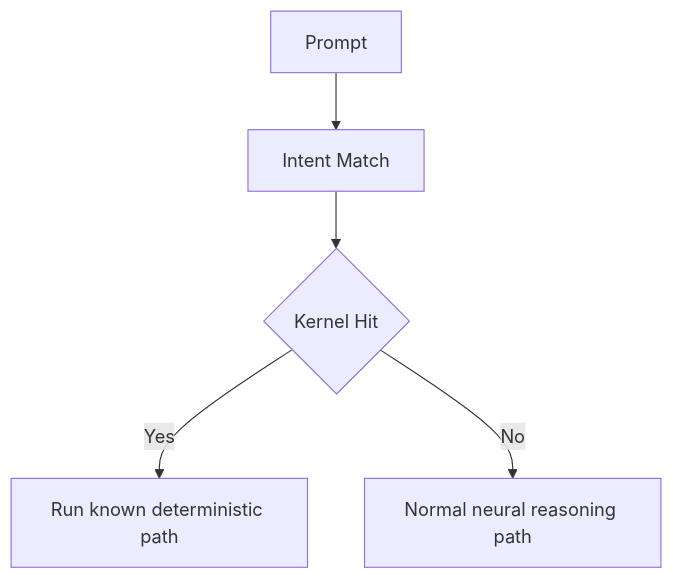
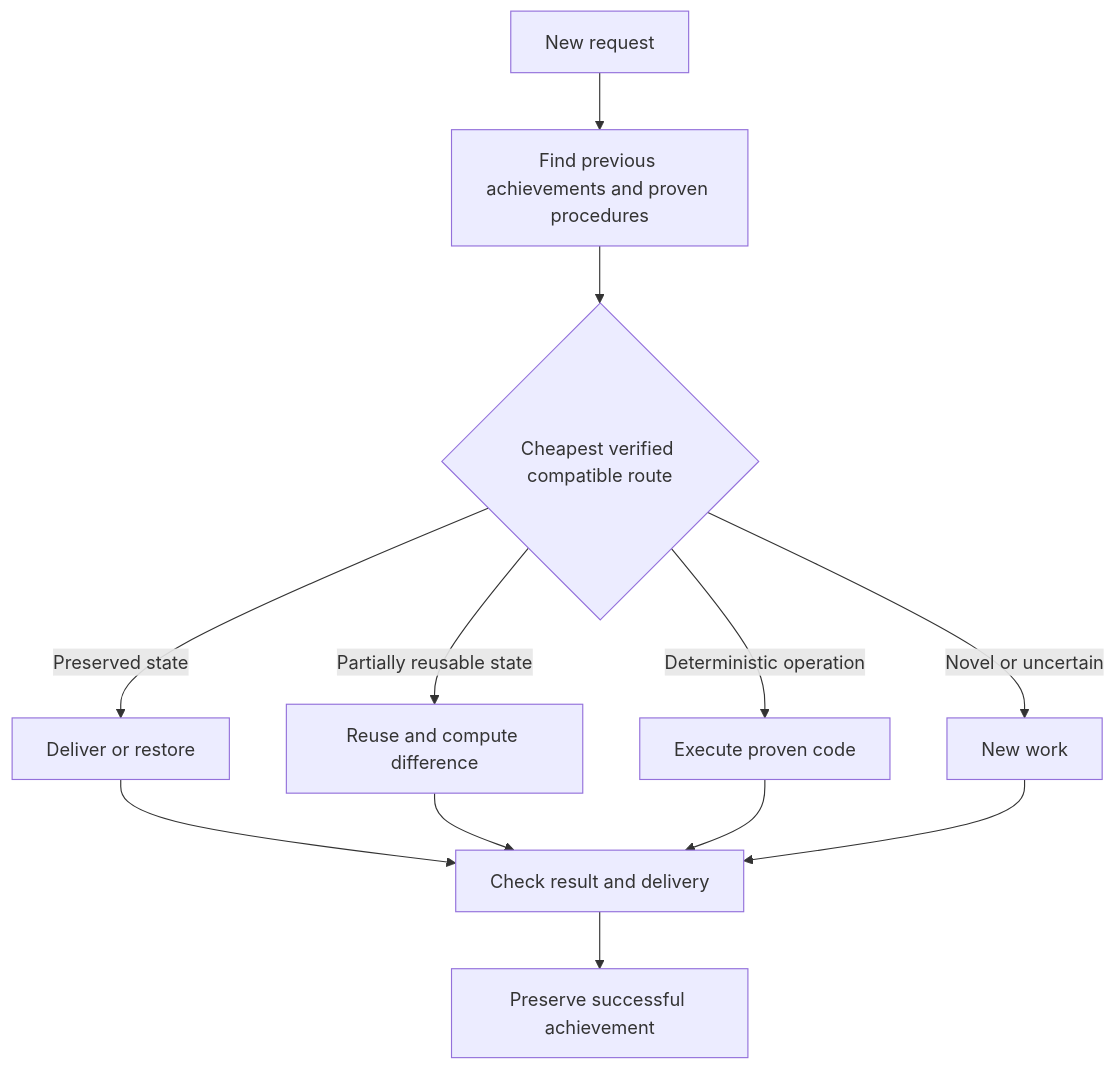
Before and after one commit to aRcHmaGe333/ECOmpile: the diagram in README.md, drawn with Mermaid. The commit also changed other lines of this file, not shown here.

Commit message:
Make achieved states primary and deterministic code supporting in ECOmpile

````diff
--- a/README.md
+++ b/README.md
@@ -19,7 +21,14 @@
 ```mermaid
 flowchart TD
-    A[Prompt] --> B[Intent Match]
-    B --> C{Kernel Hit}
-    C -->|Yes| D[Run known deterministic path]
-    C -->|No| E[Normal neural reasoning path]
+    A[New request] --> B[Find previous achievements and proven procedures]
+    B --> C{Cheapest verified compatible route}
+    C -->|Preserved state| D[Deliver or restore]
+    C -->|Partially reusable state| E[Reuse and compute difference]
+    C -->|Deterministic operation| F[Execute proven code]
+    C -->|Novel or uncertain| G[New work]
+    D --> H[Check result and delivery]
+    E --> H
+    F --> H
+    G --> H
+    H --> I[Preserve successful achievement]
 ```
````
